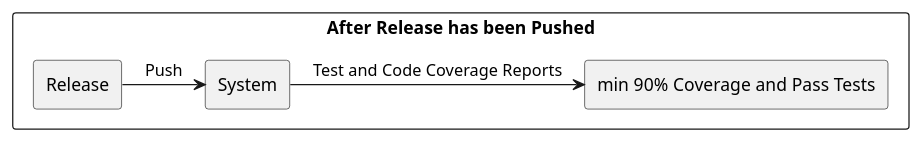
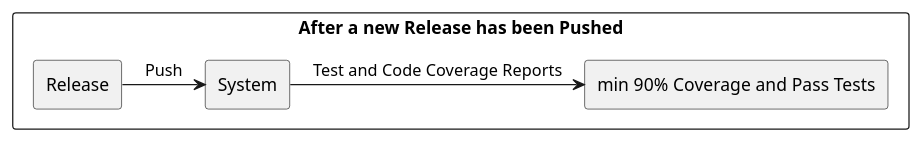
The second of 11 diagrams in src/sa/model/index.md (USI-MSDE-SA-2023/sa--edoriggio), drawn with PlantUML before and after one commit. The commit also changed other lines of this file, not shown here.

````diff
--- a/src/sa/model/index.md
+++ b/src/sa/model/index.md
@@ -138,20 +139,20 @@
 ```puml
 @startuml
 
 skinparam componentStyle rectangle
 skinparam monochrome true
 skinparam shadowing false
 
-rectangle "After Release has been Pushed" {
+rectangle "After a new Release has been Pushed" {
 
 rectangle "Release" as Source
 rectangle "min 90% Coverage and Pass Tests" as Measure
 
 Source -> [System] : "Push"
 
 [System] -> [Measure] : "Test and Code Coverage Reports"
 
 }
 
 @enduml
 ```
````
